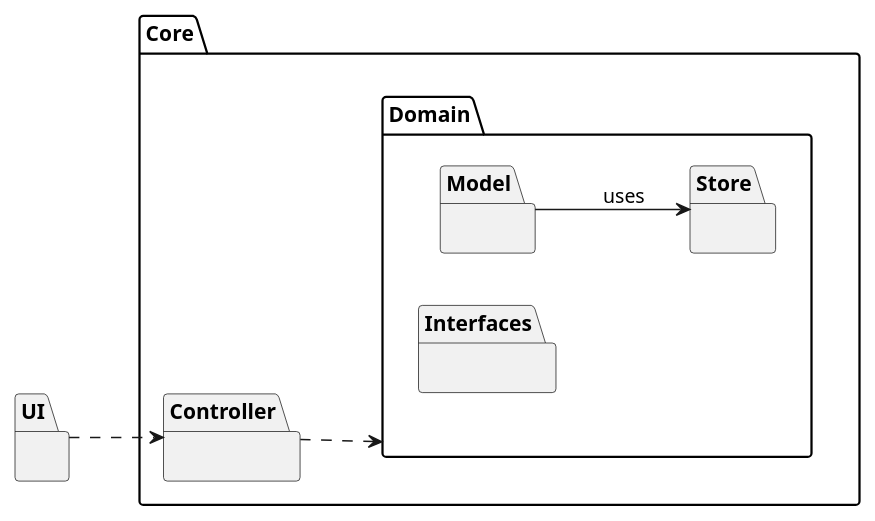
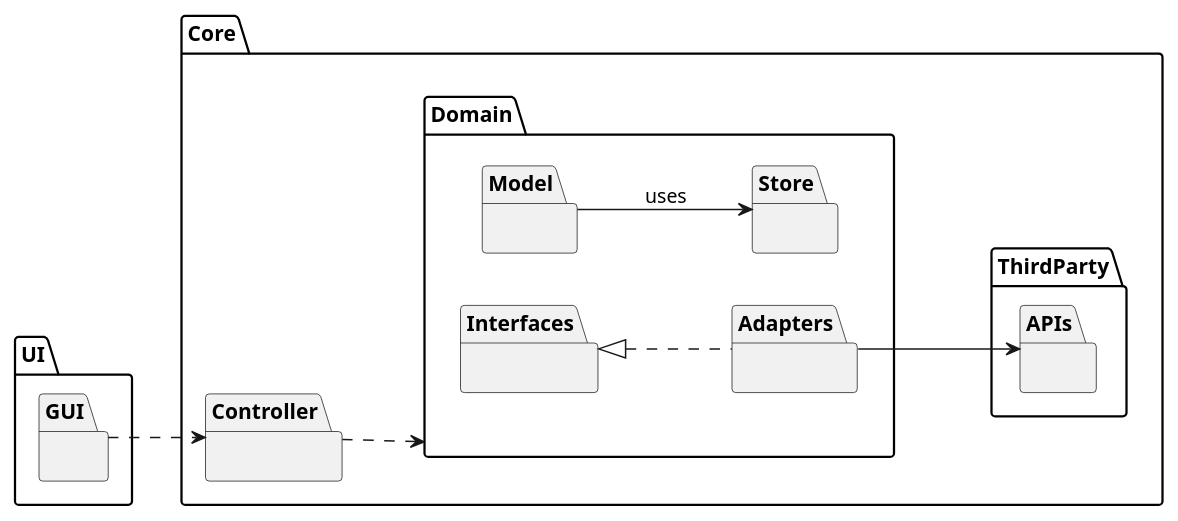
One commit to ana-albergaria/LAPR2-ISEP changed the diagram in docs/SprintD/US_16/US16_PD_WithAssociations.puml. Above: the diagram before and after it, drawn with PlantUML. The commit also changed 8 other files, not shown here.

Commit message:
Updated US16 Diagrams and US16 Code.

```diff
--- a/docs/SprintD/US_16/US16_PD_WithAssociations.puml
+++ b/docs/SprintD/US_16/US16_PD_WithAssociations.puml
@@ -1,26 +1,35 @@
 @startuml
 hide empty methods
 hide empty attributes
 left to right direction
 skinparam classAttributeIconSize 0
 
 package Core {
 
 package Domain {
 package Model {}
 package Store {}
 package Interfaces{}
+package Adapters{}
 }
 
 package Controller {}
 
+package ThirdParty{
+package APIs{}
+}
+
 }
 
 
-package UI {}
+package UI {
+package GUI{}
+}
 
-UI ..> Controller
+GUI ..> Controller
 Controller ..> Domain
 Model --> Store : uses
+Interfaces <|.. Adapters
+Adapters --> APIs
 
 @enduml
```
